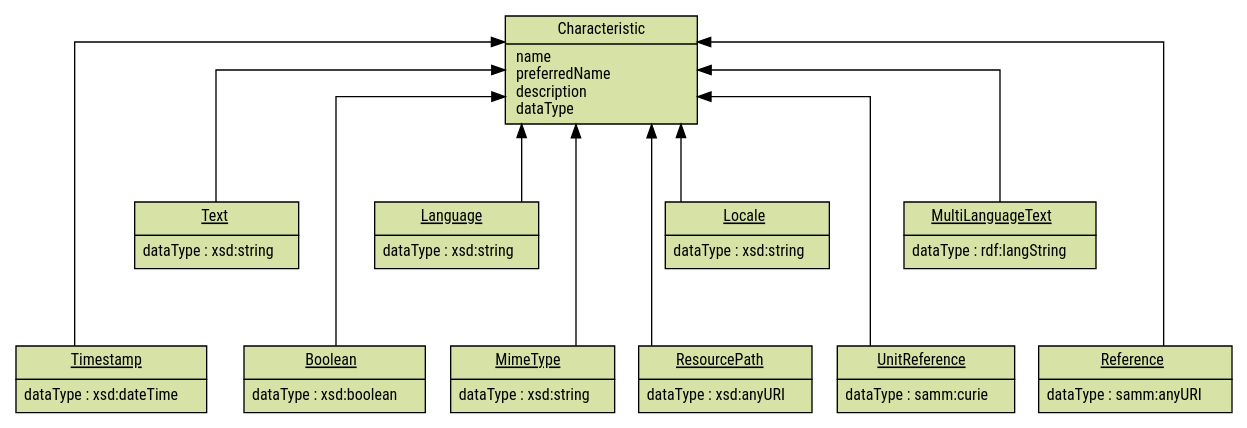
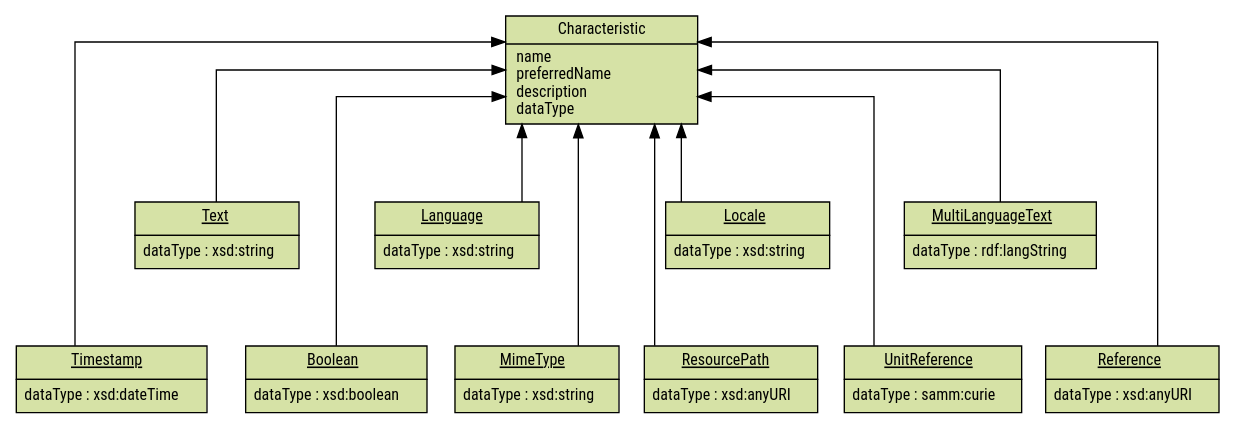
The diagram in documentation/modules/ROOT/diagrams/characteristics-instances.dot (eclipse-esmf/esmf-semantic-aspect-meta-model), drawn with Graphviz before and after one commit.

Commit message:
Update characteristics-instances diagram

```diff
--- a/documentation/modules/ROOT/diagrams/characteristics-instances.dot
+++ b/documentation/modules/ROOT/diagrams/characteristics-instances.dot
@@ -138,7 +138,7 @@
       <td><u>Reference</u></td>
     </tr>
     <tr>
-      <td>dataType : samm:anyURI</td>
+      <td>dataType : xsd:anyURI</td>
     </tr>
     </table>>
   ]
```
